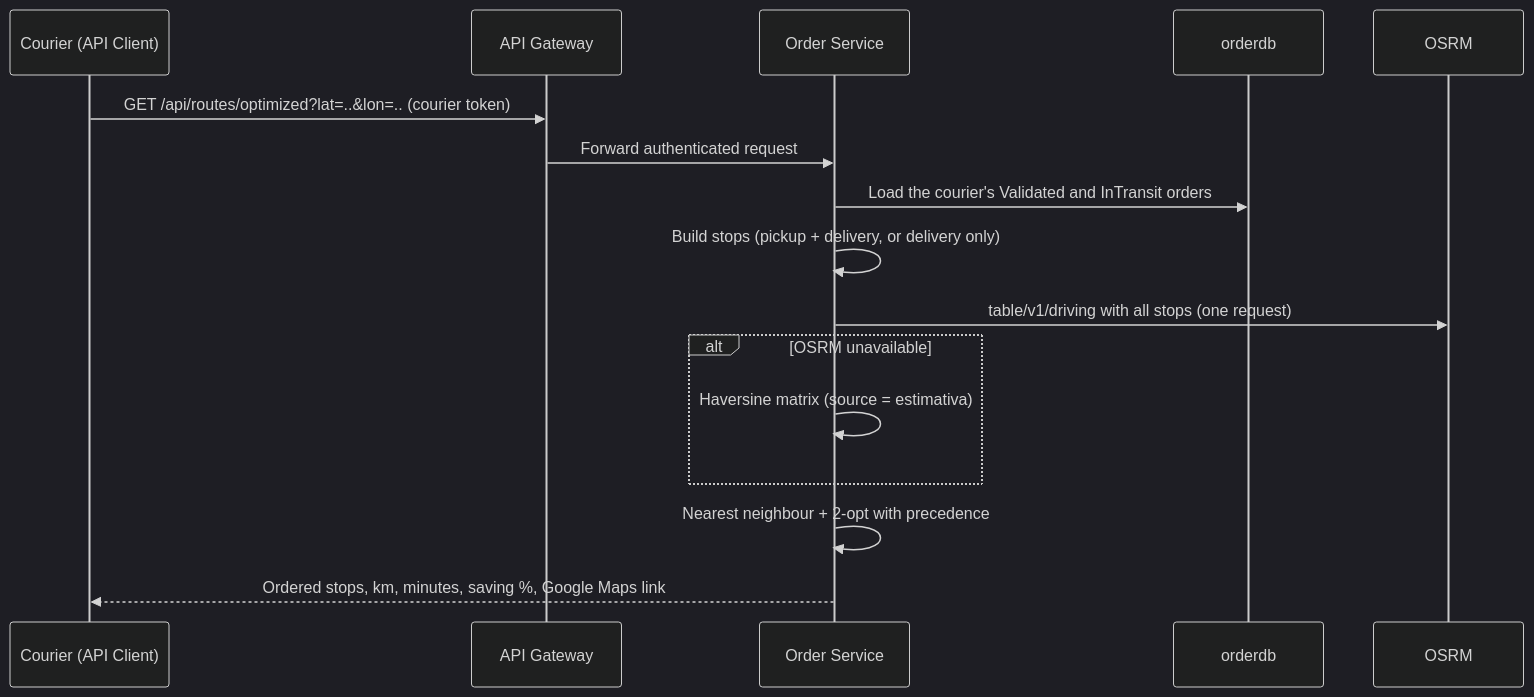
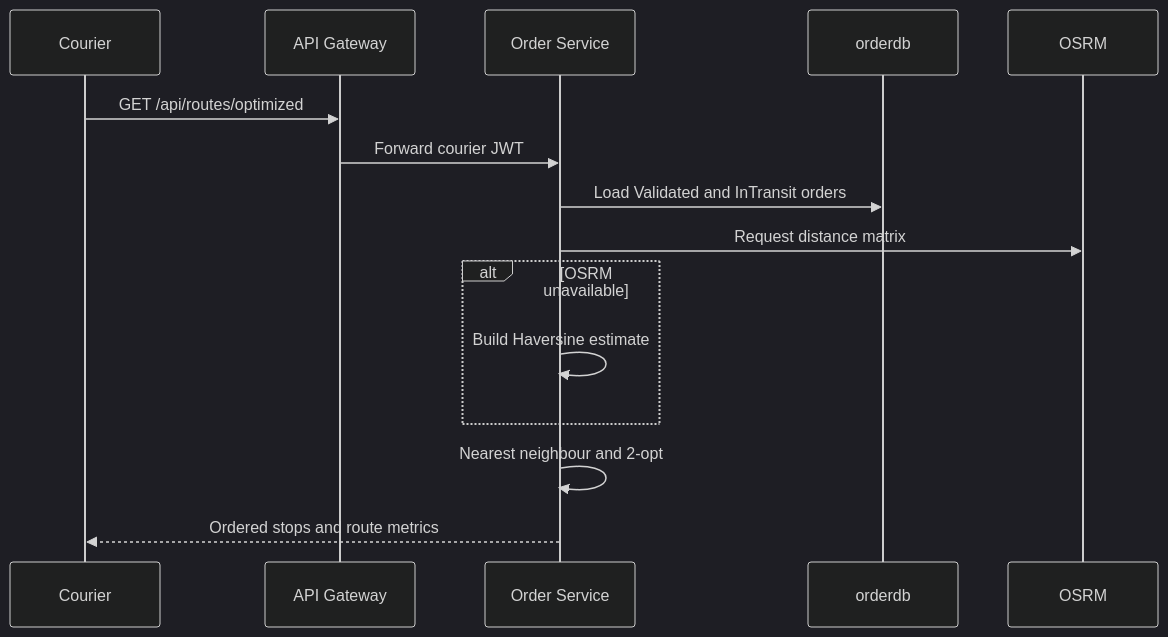
One commit to RenatoB04/Lesto changed the fifth of 5 diagrams in docs/sequences.md. Above: the diagram before and after it, drawn with Mermaid (dark theme). The commit also changed other lines of this file and 10 other files, not shown here.

````diff
--- a/docs/sequences.md
+++ b/docs/sequences.md
@@ -162,19 +96,17 @@
 ```mermaid
 sequenceDiagram
-    participant Client as Courier (API Client)
+    participant Courier as Courier
     participant Gateway as API Gateway
     participant Order as Order Service
     participant Db as orderdb
     participant OSRM as OSRM
-
-    Client->>Gateway: GET /api/routes/optimized?lat=..&lon=.. (courier token)
-    Gateway->>Order: Forward authenticated request
-    Order->>Db: Load the courier's Validated and InTransit orders
-    Order->>Order: Build stops (pickup + delivery, or delivery only)
-    Order->>OSRM: table/v1/driving with all stops (one request)
+    Courier->>Gateway: GET /api/routes/optimized
+    Gateway->>Order: Forward courier JWT
+    Order->>Db: Load Validated and InTransit orders
+    Order->>OSRM: Request distance matrix
     alt OSRM unavailable
-        Order->>Order: Haversine matrix (source = estimativa)
+        Order->>Order: Build Haversine estimate
     end
-    Order->>Order: Nearest neighbour + 2-opt with precedence
-    Order-->>Client: Ordered stops, km, minutes, saving %, Google Maps link
+    Order->>Order: Nearest neighbour and 2-opt
+    Order-->>Courier: Ordered stops and route metrics
 ```
````
